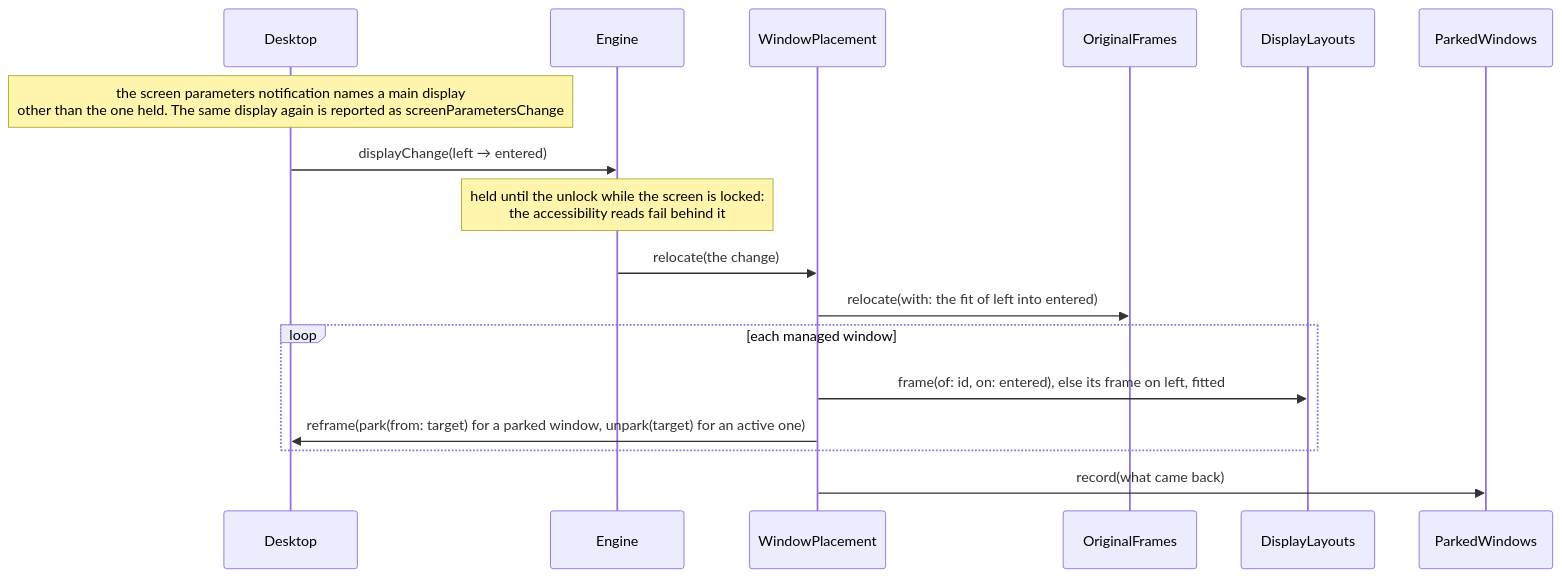
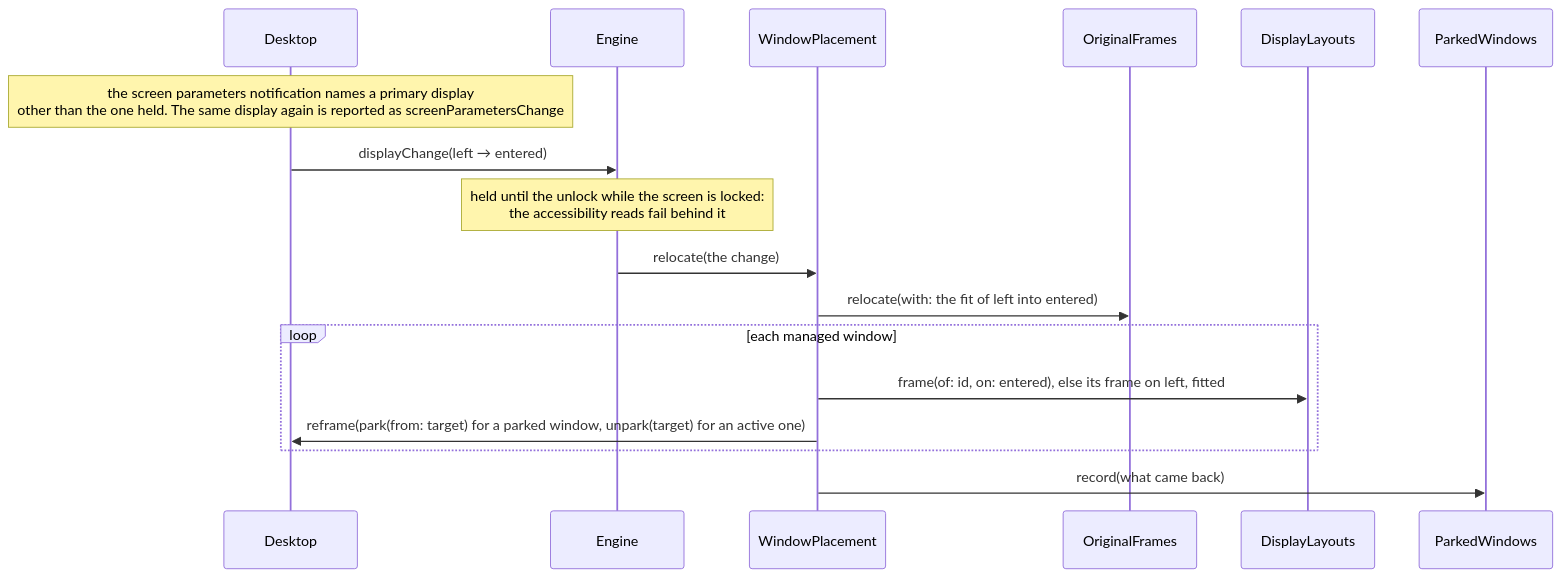
Diagram 15 of 22 in ARCHITECTURE.md (brennovich/ottowm), drawn with Mermaid before and after one commit. The commit also changed other lines of this file and 8 other files, not shown here.

First line of the commit message:
Park on the primary display instead of the main one

````diff
--- a/ARCHITECTURE.md
+++ b/ARCHITECTURE.md
@@ -370,13 +369,13 @@
 ```mermaid
 sequenceDiagram
-    Note over Desktop: the screen parameters notification names a main display<br/>other than the one held. The same display again is reported as screenParametersChange
+    Note over Desktop: the screen parameters notification names a primary display<br/>other than the one held. The same display again is reported as screenParametersChange
     Desktop->>Engine: displayChange(left → entered)
     Note over Engine: held until the unlock while the screen is locked:<br/>the accessibility reads fail behind it
     Engine->>WindowPlacement: relocate(the change)
     WindowPlacement->>OriginalFrames: relocate(with: the fit of left into entered)
     loop each managed window
         WindowPlacement->>DisplayLayouts: frame(of: id, on: entered), else its frame on left, fitted
         WindowPlacement->>Desktop: reframe(park(from: target) for a parked window, unpark(target) for an active one)
     end
     WindowPlacement->>ParkedWindows: record(what came back)
 ```
````
